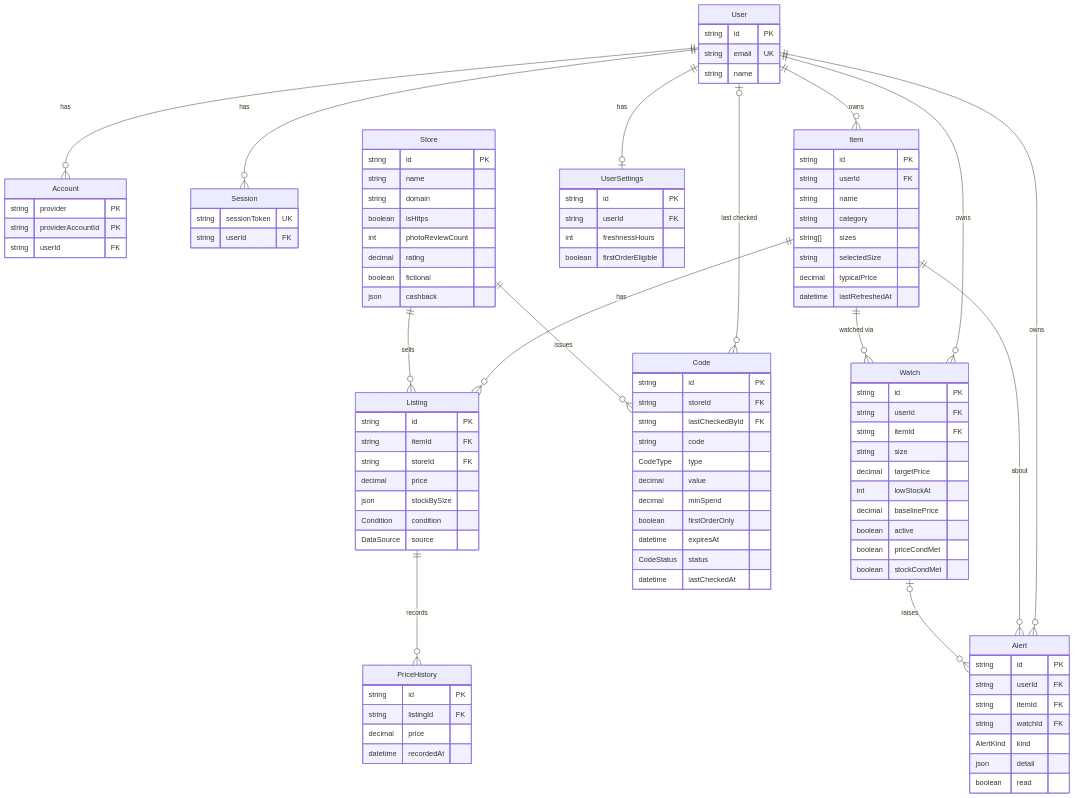
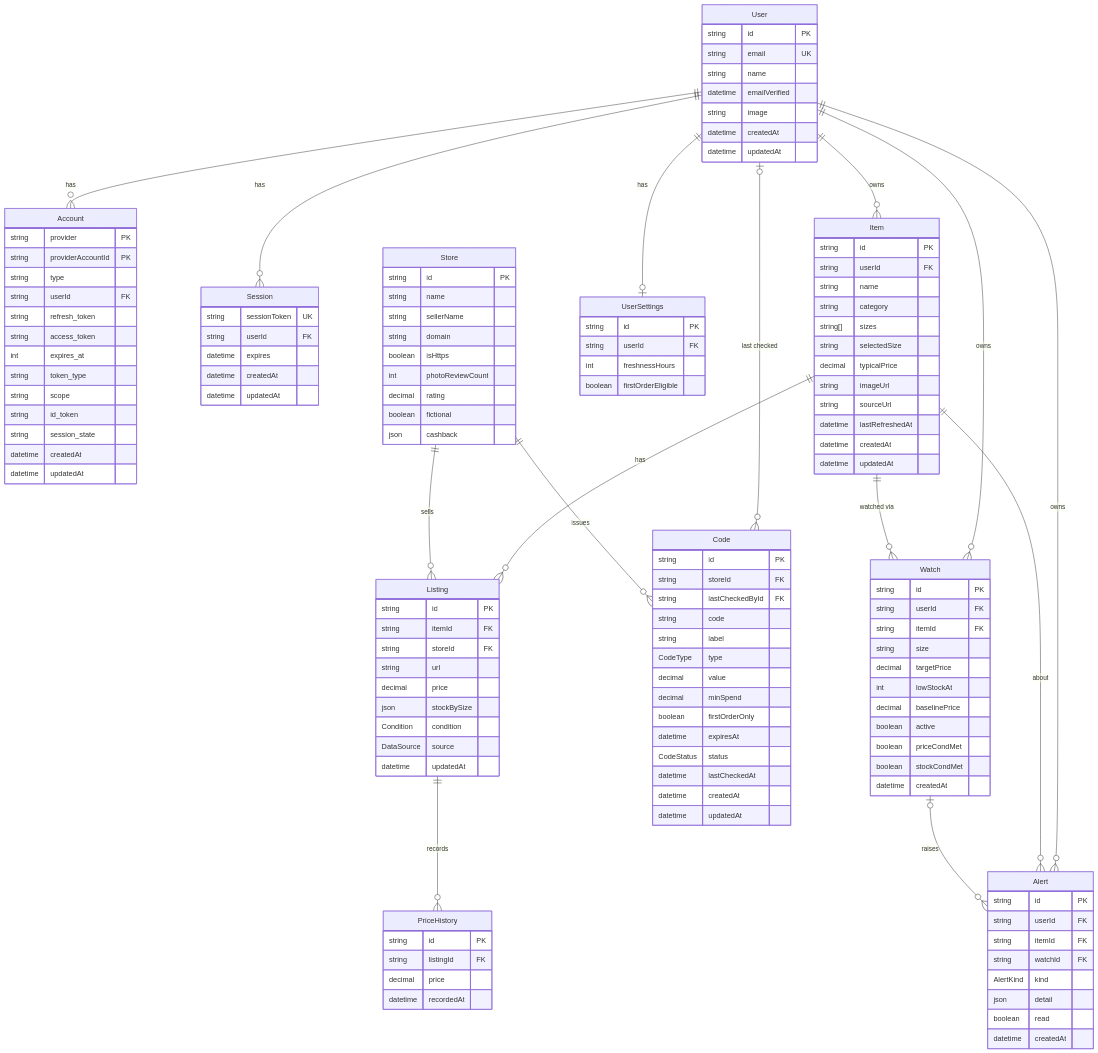
The diagram in docs/schema.md (devpatel25/LootLens), drawn with Mermaid before and after one commit. The commit also changed other lines of this file and 2 other files, not shown here.

Commit message:
docs(#13): sri and csp on swagger page, spec cleanup, schema columns

````diff
--- a/docs/schema.md
+++ b/docs/schema.md
@@ -23,6 +23,10 @@
     string id PK
     string email UK
     string name
+    datetime emailVerified
+    string image
+    datetime createdAt
+    datetime updatedAt
   }
   Item {
     string id PK
@@ -32,16 +36,22 @@
     string[] sizes
     string selectedSize
     decimal typicalPrice
+    string imageUrl
+    string sourceUrl
     datetime lastRefreshedAt
+    datetime createdAt
+    datetime updatedAt
   }
   Listing {
     string id PK
     string itemId FK
     string storeId FK
+    string url
     decimal price
     json stockBySize
     Condition condition
     DataSource source
+    datetime updatedAt
   }
   PriceHistory {
     string id PK
@@ -52,6 +62,7 @@
   Store {
     string id PK
     string name
+    string sellerName
     string domain
     boolean isHttps
     int photoReviewCount
@@ -64,6 +75,7 @@
     string storeId FK
     string lastCheckedById FK
     string code
+    string label
     CodeType type
     decimal value
     decimal minSpend
@@ -71,6 +83,8 @@
     datetime expiresAt
     CodeStatus status
     datetime lastCheckedAt
+    datetime createdAt
+    datetime updatedAt
   }
   Watch {
     string id PK
@@ -83,6 +97,7 @@
     boolean active
     boolean priceCondMet
     boolean stockCondMet
+    datetime createdAt
   }
   Alert {
     string id PK
@@ -92,6 +107,7 @@
     AlertKind kind
     json detail
     boolean read
+    datetime createdAt
   }
   UserSettings {
     string id PK
@@ -102,10 +118,23 @@
   Account {
     string provider PK
     string providerAccountId PK
+    string type
     string userId FK
+    string refresh_token
+    string access_token
+    int expires_at
+    string token_type
+    string scope
+    string id_token
+    string session_state
+    datetime createdAt
+    datetime updatedAt
   }
   Session {
     string sessionToken UK
     string userId FK
+    datetime expires
+    datetime createdAt
+    datetime updatedAt
   }
 ```
````
